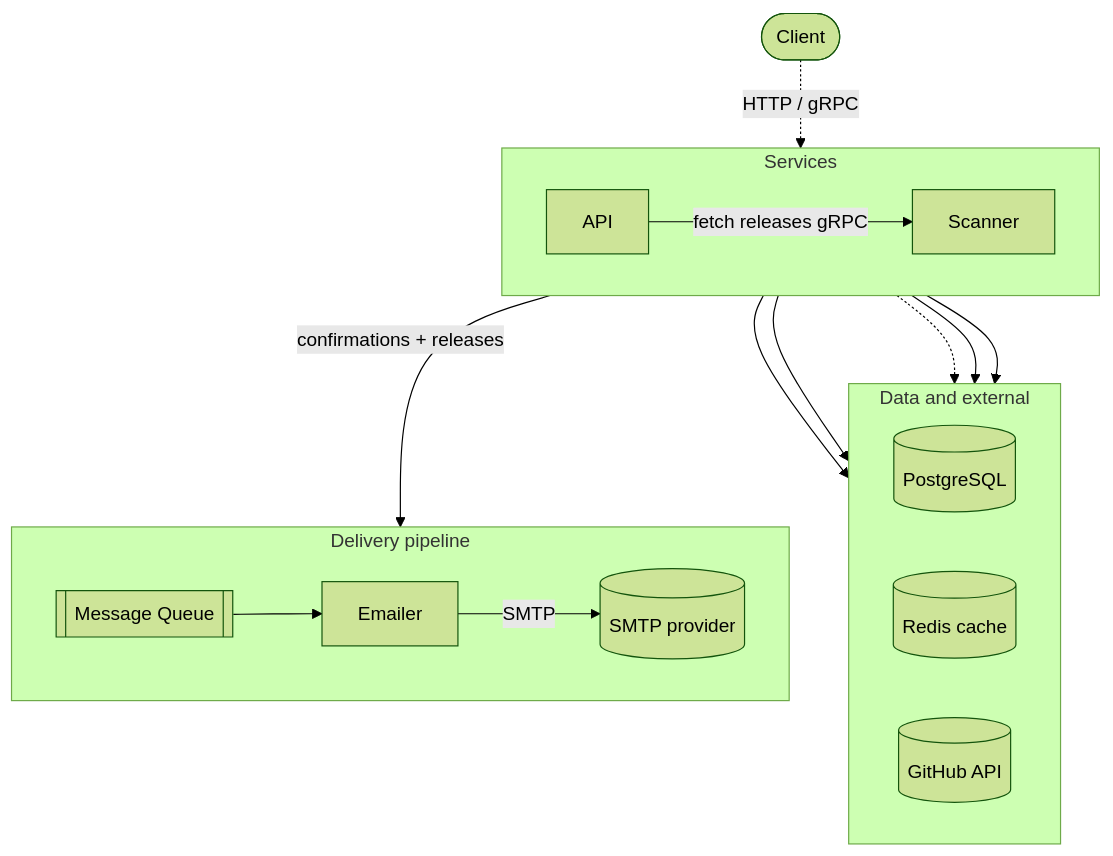
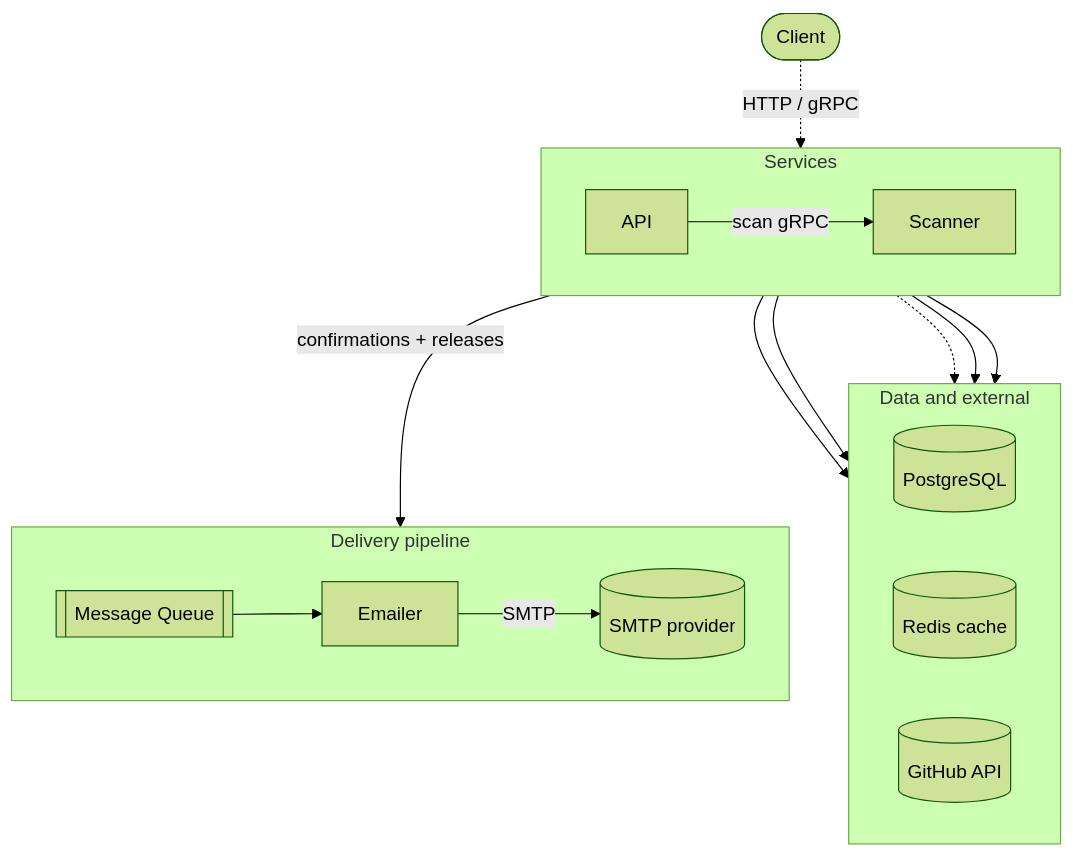
Before and after one commit to GenesisEducationKyiv/software-engineering-school-6-0-mzabrodin: the diagram in docs/adr/009-microservices-split.md, drawn with Mermaid (forest theme). The commit also changed other lines of this file and 6 other files, not shown here.

Commit message:
refactor(scanner): replace FetchLatestReleases with Scan across proto, use case, and tests

````diff
--- a/docs/adr/009-microservices-split.md
+++ b/docs/adr/009-microservices-split.md
@@ -97,31 +97,31 @@
 ```mermaid
 flowchart TB
     Client([Client])
 
     subgraph services [Services]
         direction LR
         API[API]
         Scanner[Scanner]
     end
 
     subgraph backing [Data and external]
         direction LR
         DB[(PostgreSQL)]
         Redis[(Redis cache)]
         GitHub[(GitHub API)]
     end
 
     subgraph delivery [Delivery pipeline]
         direction LR
         Queue[[Message Queue]] --> Emailer[Emailer] -->|SMTP| SMTP[(SMTP provider)]
     end
 
     Client -.->|HTTP / gRPC| API
-    API -->|fetch releases gRPC| Scanner
+    API -->|scan gRPC| Scanner
     API --> DB
     API --> Redis
     API -.-> GitHub
     Scanner --> Redis
     Scanner --> GitHub
     API -->|confirmations + releases| Queue
 ```
````
